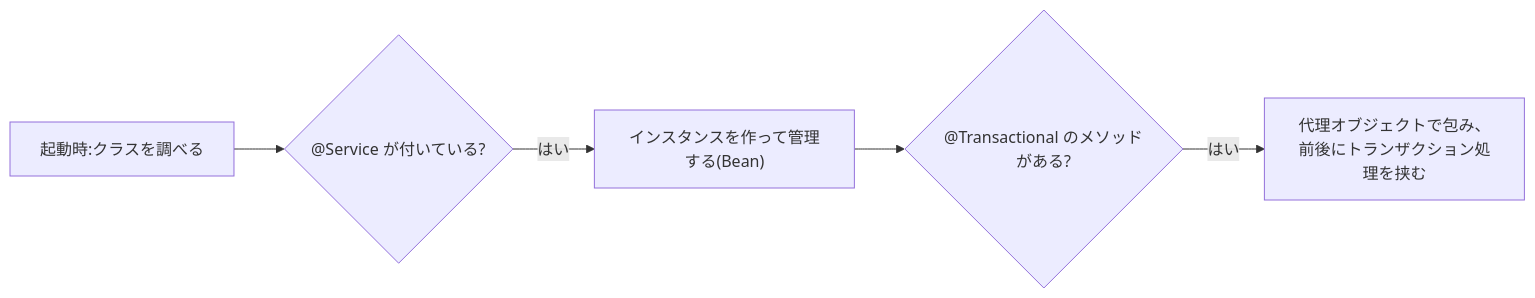
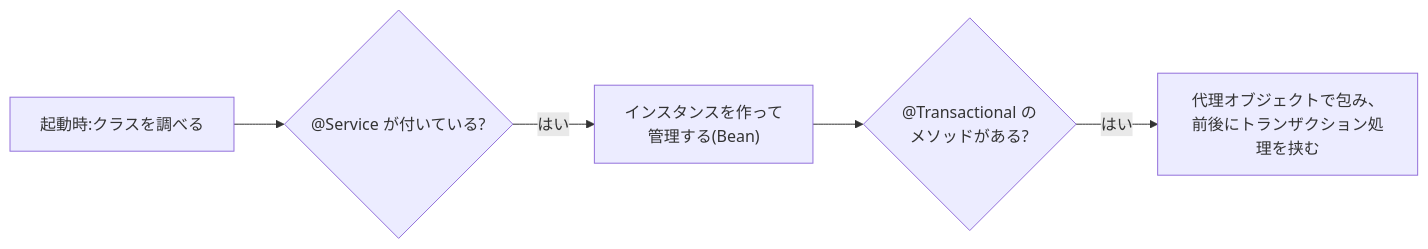
One commit to junyeol928-hash/Sayana changed the diagram in content/01-java-basics/07-modern-java/05-java-annotations/lesson.md. Above: the diagram before and after it, drawn with Mermaid. The commit also changed 9 other files, not shown here.

Commit message:
fix: 図のラベルを語の切れ目で改行し、英字の用語の読みをカタカナにそろえた(スマホで図の文字が語の途中で折れていたため)

````diff
--- a/content/01-java-basics/07-modern-java/05-java-annotations/lesson.md
+++ b/content/01-java-basics/07-modern-java/05-java-annotations/lesson.md
@@ -217,7 +217,7 @@
 ```mermaid
 flowchart LR
     A["起動時:クラスを調べる"] --> B{"@Service が付いている?"}
-    B -- "はい" --> C["インスタンスを作って管理する(Bean)"]
-    C --> D{"@Transactional のメソッドがある?"}
-    D -- "はい" --> E["代理オブジェクトで包み、前後にトランザクション処理を挟む"]
+    B -- "はい" --> C["インスタンスを作って<br>管理する(Bean)"]
+    C --> D{"@Transactional の<br>メソッドがある?"}
+    D -- "はい" --> E["代理オブジェクトで包み、<br>前後にトランザクション処理を挟む"]
 ```
````
